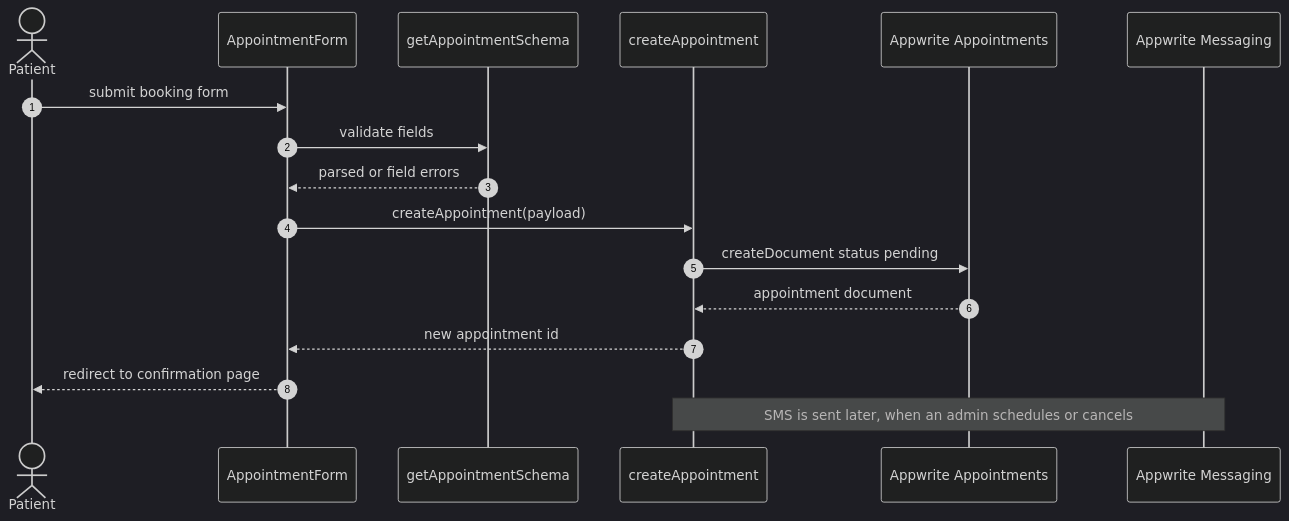
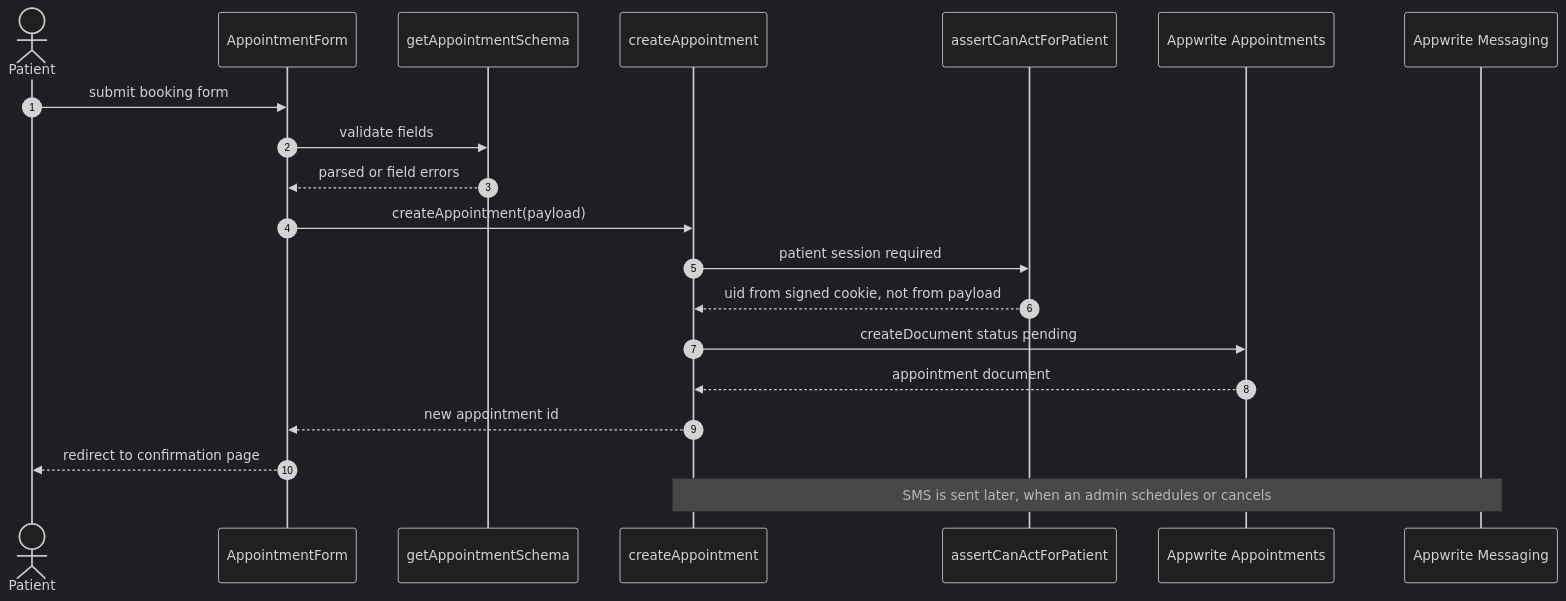
The eighth of 9 diagrams in README.md (ogc16/healthcaresystem), drawn with Mermaid (dark theme) before and after one commit. The commit also changed other lines of this file and 25 other files, not shown here.

````diff
--- a/README.md
+++ b/README.md
@@ -298,21 +332,24 @@
 ```mermaid
 sequenceDiagram
     autonumber
     actor Patient
     participant Form as AppointmentForm
     participant Zod as getAppointmentSchema
     participant Action as createAppointment
+    participant Guard as assertCanActForPatient
     participant DB as Appwrite Appointments
     participant SMS as Appwrite Messaging
 
     Patient->>Form: submit booking form
     Form->>Zod: validate fields
     Zod-->>Form: parsed or field errors
     Form->>Action: createAppointment(payload)
+    Action->>Guard: patient session required
+    Guard-->>Action: uid from signed cookie, not from payload
     Action->>DB: createDocument status pending
     DB-->>Action: appointment document
     Action-->>Form: new appointment id
     Form-->>Patient: redirect to confirmation page
 
     Note over Action,SMS: SMS is sent later, when an admin schedules or cancels
 ```
````
